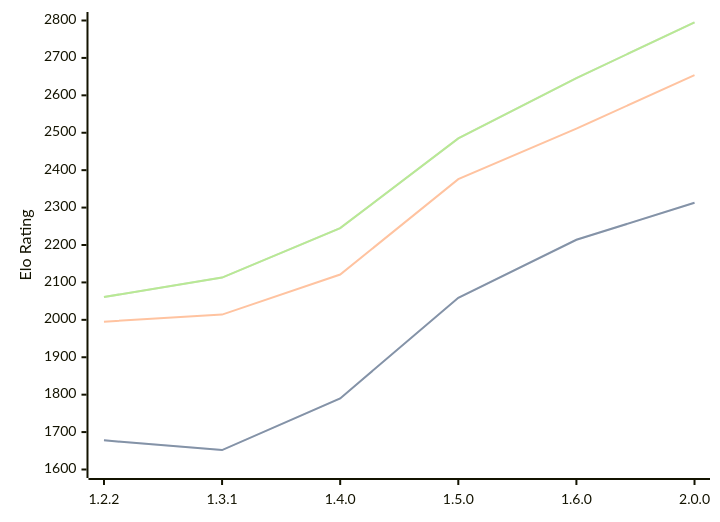
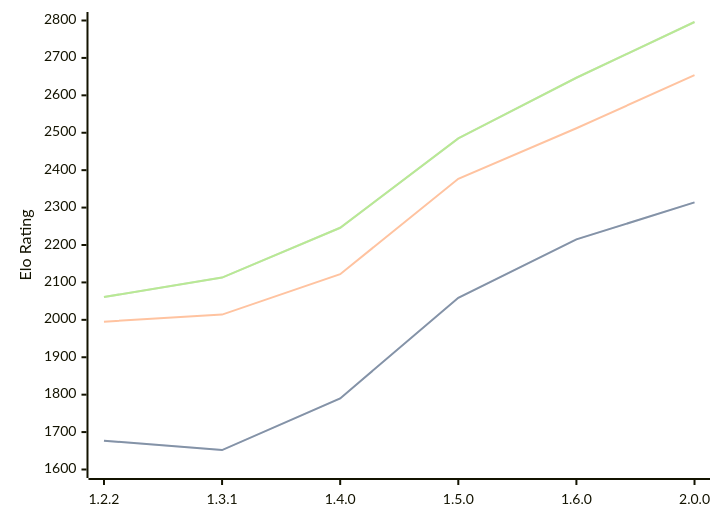
One commit to computer-chess-index/cci changed the diagram in engines/SoloEngine.md. Above: the diagram before and after it, drawn with Mermaid. The commit also changed other lines of this file, not shown here.

Commit message:
Update CCI Ratings (ELO VLTC) - 2026-04-25

````diff
--- a/engines/SoloEngine.md
+++ b/engines/SoloEngine.md
@@ -37,11 +37,11 @@
 ```mermaid
 %%{init: {"theme":"base","themeVariables":{"seriesColors:['#a3a3a3','#222221','#faa371']}}}%%
 xychart-beta
   x-axis ["1.2.2", "1.3.1", "1.4.0", "1.5.0", "1.6.0", "2.0.0"]
   y-axis "Elo Rating" 1600 --> 2800
-  line "STC (8.0+0.08s)" [1678, 1652, 1790, 2059, 2214, 2313]
-  line "STC (8.0+0.08s)" [1678, 1652, 1790, 2059, 2214, 2313]
-  line "LTC (60.0+0.60s)" [1995, 2014, 2121, 2376, 2511, 2654]
-  line "VLTC (2m24s+1.12s)" [2061, 2113, 2245, 2485, 2646, 2795]
-  line "VLTC (2m24s+1.12s)" [2061, 2113, 2245, 2485, 2646, 2795]
+  line "STC (8.0+0.08s)" [1677, 1652, 1790, 2059, 2215, 2314]
+  line "STC (8.0+0.08s)" [1677, 1652, 1790, 2059, 2215, 2314]
+  line "LTC (60.0+0.60s)" [1995, 2014, 2122, 2377, 2512, 2654]
+  line "VLTC (2m24s+1.12s)" [2061, 2113, 2246, 2485, 2647, 2796]
+  line "VLTC (2m24s+1.12s)" [2061, 2113, 2246, 2485, 2647, 2796]
 ```
````
